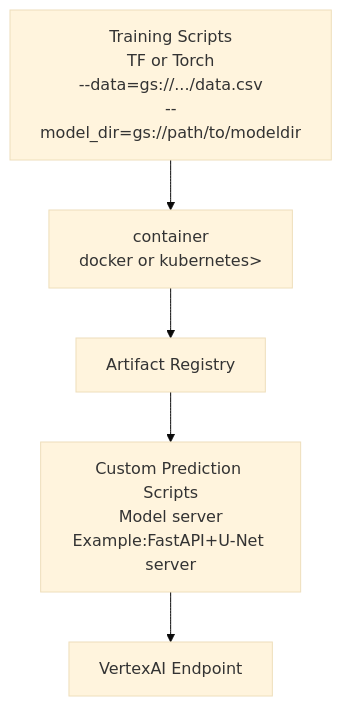
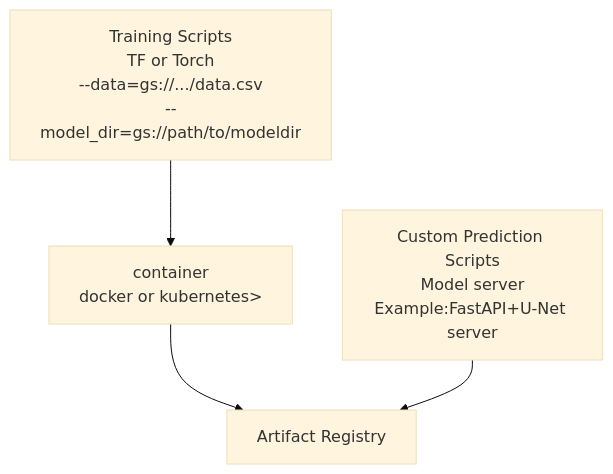
Before and after one commit to nuEGil/NotesOnTextTasks: the diagram in ReadMe.md, drawn with Mermaid (base theme).

````diff
--- a/ReadMe.md
+++ b/ReadMe.md
@@ -41,7 +41,7 @@
 ```mermaid
 graph TD;
     A[Training Scripts<br/>TF or Torch<br/>--data=gs://.../data.csv<br/>--model_dir=gs://path/to/modeldir]-->B[container<br/>docker or kubernetes>];
     B-->C[Artifact Registry];
-    D[Custom Prediction Scripts<br/>Model server<br/>Example:FastAPI+U-Net server]-->E[VertexAI Endpoint];
-    C-->D;
+    D[Custom Prediction Scripts<br/>Model server<br/>Example:FastAPI+U-Net server]-->C;
+    
 ```
````
